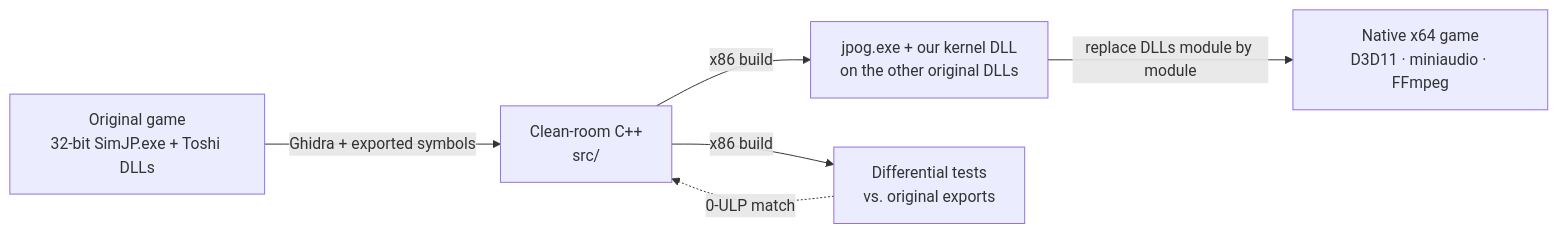
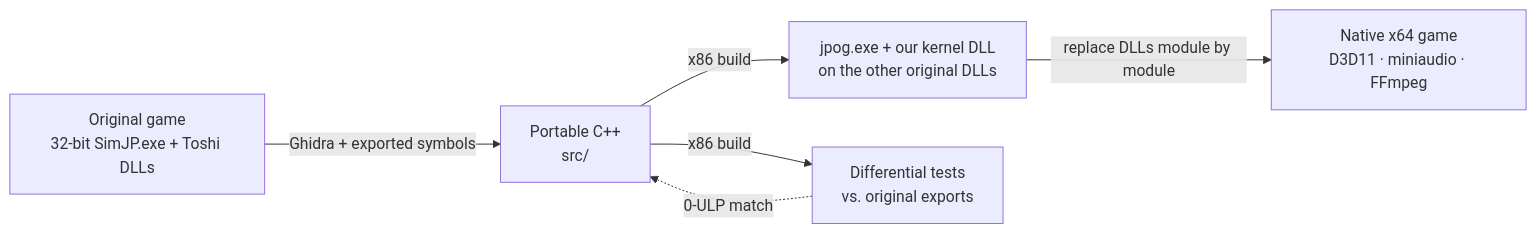
Before and after one commit to Voikanaa/jpog-decomp: the diagram in README.md, drawn with Mermaid. The commit also changed other lines of this file and 5 other files, not shown here.

Commit message:
Docs: drop the clean-room wording and rule

````diff
--- a/README.md
+++ b/README.md
@@ -44,8 +43,8 @@
 ```mermaid
 flowchart LR
-    A["Original game<br/>32-bit SimJP.exe + Toshi DLLs"] -->|"Ghidra + exported symbols"| B["Clean-room C++<br/>src/"]
+    A["Original game<br/>32-bit SimJP.exe + Toshi DLLs"] -->|"Ghidra + exported symbols"| B["Portable C++<br/>src/"]
     B -->|"x86 build"| C["jpog.exe + our kernel DLL<br/>on the other original DLLs"]
     B -->|"x86 build"| T["Differential tests<br/>vs. original exports"]
     T -.->|"0-ULP match"| B
     C -->|"replace DLLs module by module"| D["Native x64 game<br/>D3D11 · miniaudio · FFmpeg"]
 ```
````
